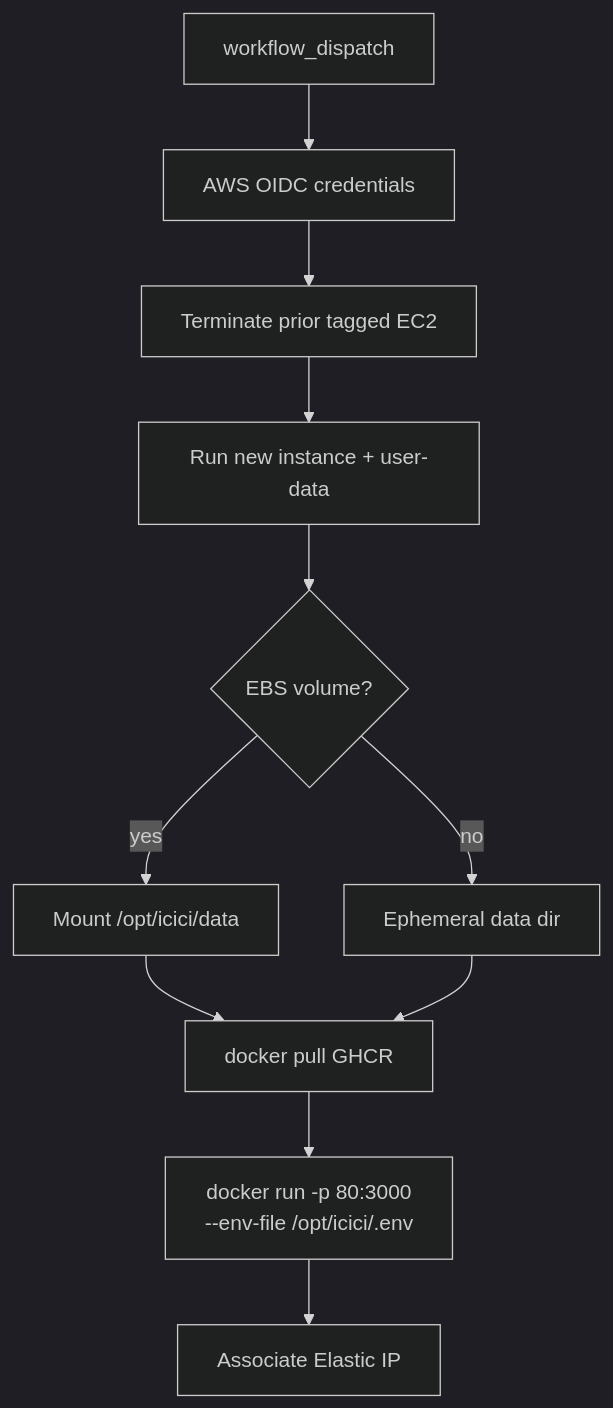
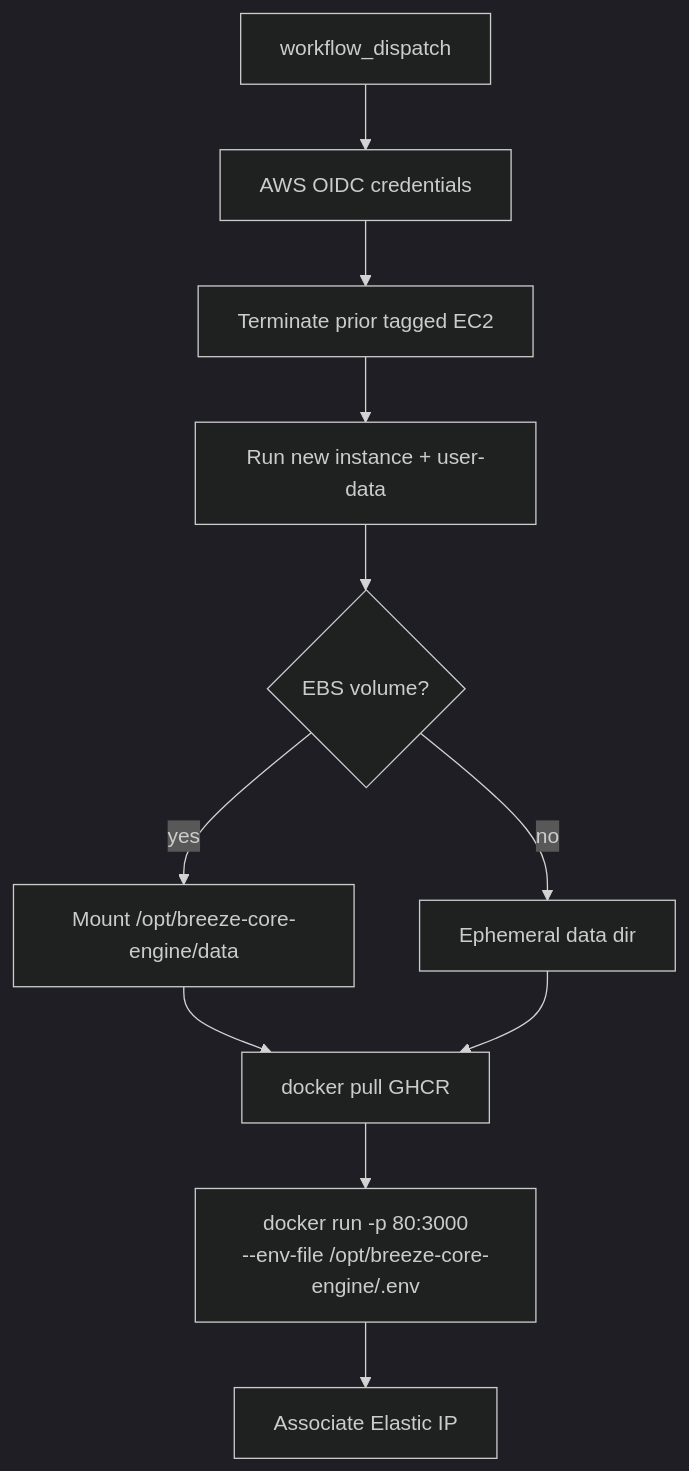
Diagram 16 of 17 in docs/flows.md (AmitMhatre-Code/breeze-core-engine), drawn with Mermaid (dark theme) before and after one commit. The commit also changed other lines of this file and 24 other files, not shown here.

````diff
--- a/docs/flows.md
+++ b/docs/flows.md
@@ -311,13 +311,13 @@
 ```mermaid
 flowchart TB
   W[workflow_dispatch] --> OIDC[AWS OIDC credentials]
   OIDC --> TERM[Terminate prior tagged EC2]
   TERM --> RUN[Run new instance + user-data]
   RUN --> VOL{EBS volume?}
-  VOL -->|yes| MNT[Mount /opt/icici/data]
+  VOL -->|yes| MNT[Mount /opt/breeze-core-engine/data]
   VOL -->|no| LOCAL[Ephemeral data dir]
   MNT --> PULL[docker pull GHCR]
   LOCAL --> PULL
-  PULL --> CONT[docker run -p 80:3000\n--env-file /opt/icici/.env]
+  PULL --> CONT[docker run -p 80:3000\n--env-file /opt/breeze-core-engine/.env]
   CONT --> EIP[Associate Elastic IP]
 ```
````
